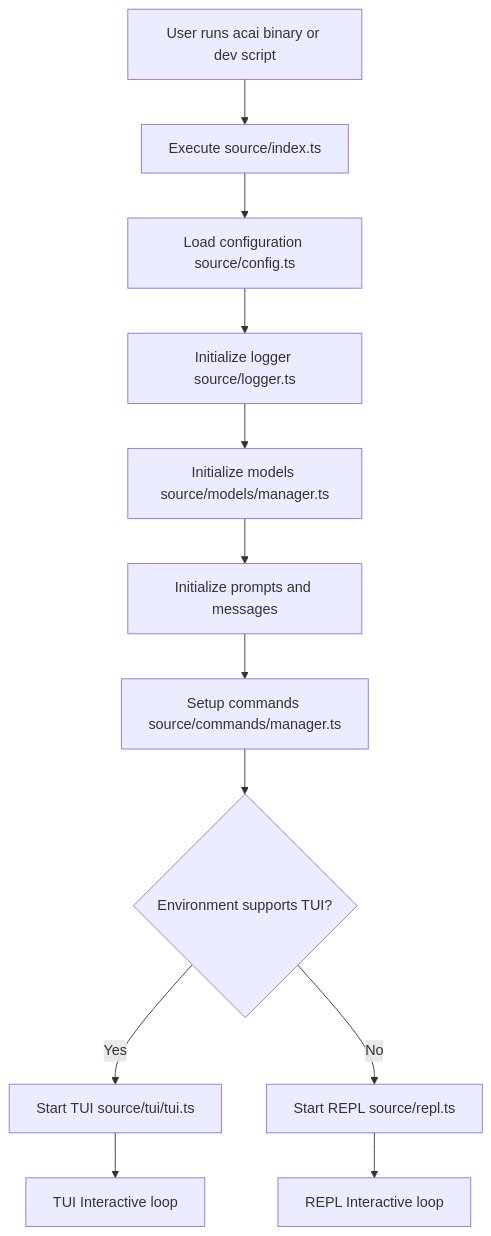
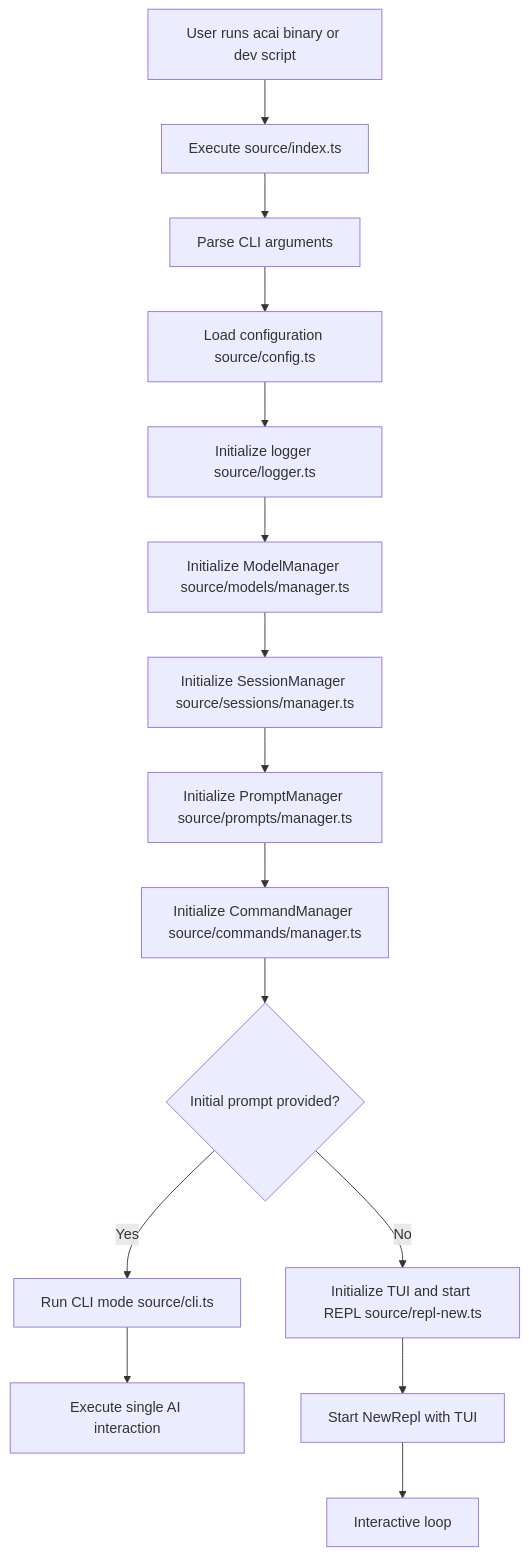
One commit to travisennis/acai-ts changed the first of 7 diagrams in ARCHITECTURE.md. Above: the diagram before and after it, drawn with Mermaid. The commit also changed other lines of this file, not shown here.

First line of the commit message:
docs(architecture): update ARCHITECTURE.md to reflect current project state

````diff
--- a/ARCHITECTURE.md
+++ b/ARCHITECTURE.md
@@ -460,14 +521,17 @@
 ```mermaid
 graph TD
   A[User runs acai binary or dev script] --> B[Execute source/index.ts]
-  B --> C[Load configuration source/config.ts]
-  C --> D[Initialize logger source/logger.ts]
-  D --> E[Initialize models source/models/manager.ts]
-  E --> F[Initialize prompts and messages]
-  F --> G[Setup commands source/commands/manager.ts]
-  G --> H{Environment supports TUI?}
-  H -->|Yes| I[Start TUI source/tui/tui.ts]
-  H -->|No| J[Start REPL source/repl.ts]
-  I --> K[TUI Interactive loop]
-  J --> L[REPL Interactive loop]
+  B --> C[Parse CLI arguments]
+  C --> D[Load configuration source/config.ts]
+  D --> E[Initialize logger source/logger.ts]
+  E --> F[Initialize ModelManager source/models/manager.ts]
+  F --> G[Initialize SessionManager source/sessions/manager.ts]
+  G --> H[Initialize PromptManager source/prompts/manager.ts]
+  H --> I[Initialize CommandManager source/commands/manager.ts]
+  I --> J{Initial prompt provided?}
+  J -->|Yes| K[Run CLI mode source/cli.ts]
+  J -->|No| L[Initialize TUI and start REPL source/repl-new.ts]
+  K --> M[Execute single AI interaction]
+  L --> N[Start NewRepl with TUI]
+  N --> O[Interactive loop]
 ```
````
